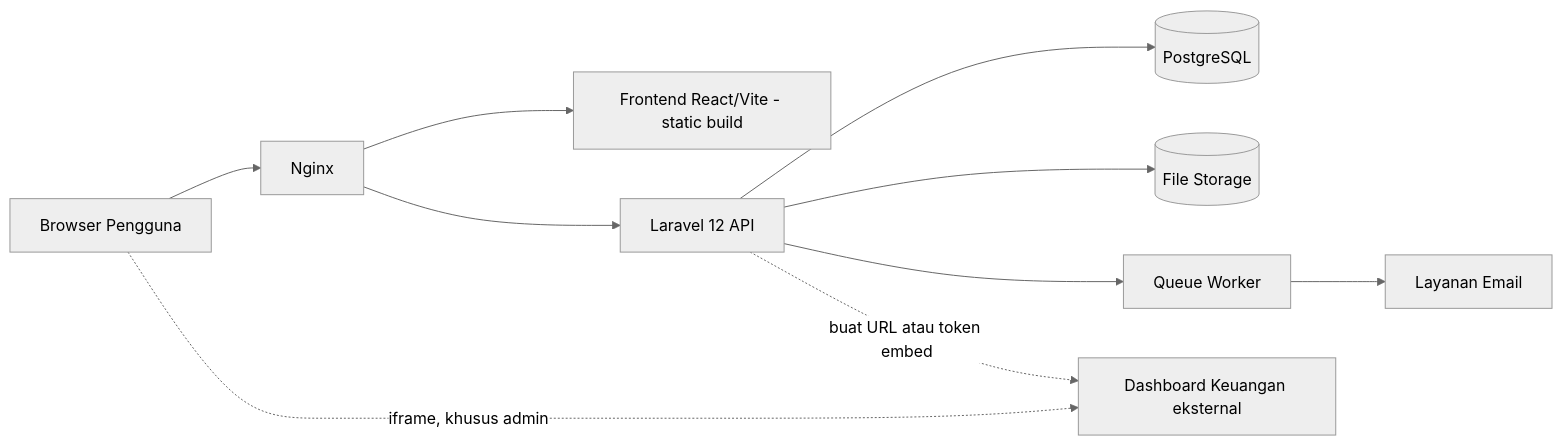
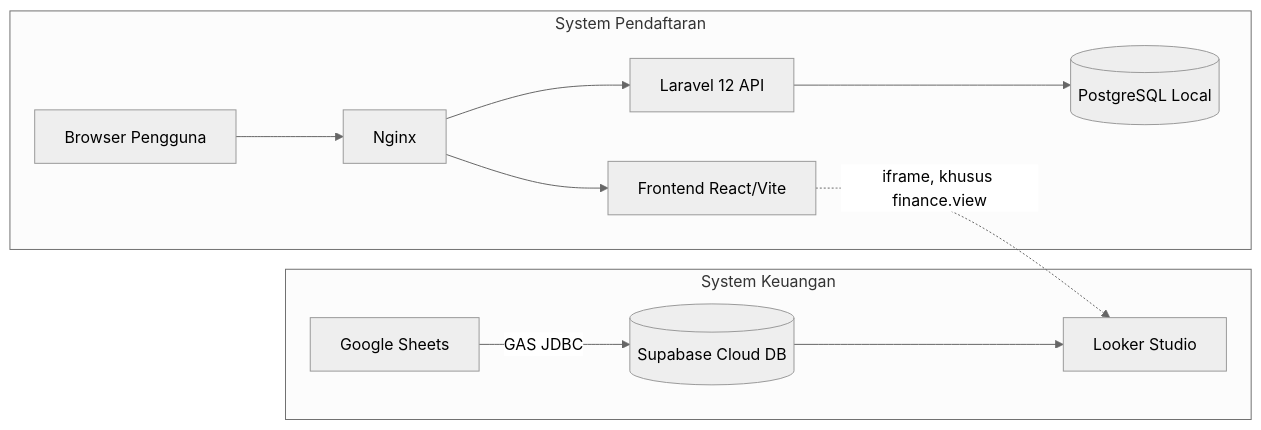
The second of 2 diagrams in docs/PRD-Website-Yayasan-Padindi.md (muhnazli6804-boop/companyprofile), drawn with Mermaid (neutral theme) before and after one commit. The commit also changed other lines of this file and 4 other files, not shown here.

Commit message:
revisi: penyesuaian penggunaan looker untuk BI dan db menjadi supabase

````diff
--- a/docs/PRD-Website-Yayasan-Padindi.md
+++ b/docs/PRD-Website-Yayasan-Padindi.md
@@ -403,12 +346,15 @@
 ```mermaid
 flowchart LR
-    U[Browser Pengguna] --> N[Nginx]
-    N --> FE[Frontend React/Vite - static build]
-    N --> API[Laravel 12 API]
-    API --> DB[(PostgreSQL)]
-    API --> FS[(File Storage)]
-    API --> Q[Queue Worker]
-    Q --> M[Layanan Email]
-    U -.->|iframe, khusus admin| BI[Dashboard Keuangan eksternal]
-    API -.->|buat URL atau token embed| BI
+    subgraph System Pendaftaran
+        U[Browser Pengguna] --> N[Nginx]
+        N --> FE[Frontend React/Vite]
+        N --> API[Laravel 12 API]
+        API --> DB_LOCAL[(PostgreSQL Local)]
+    end
+
+    subgraph System Keuangan
+        GS[Google Sheets] -->|GAS JDBC| SUPA[(Supabase Cloud DB)]
+        SUPA --> LS[Looker Studio]
+        FE -.->|iframe, khusus finance.view| LS
+    end
 ```
````
